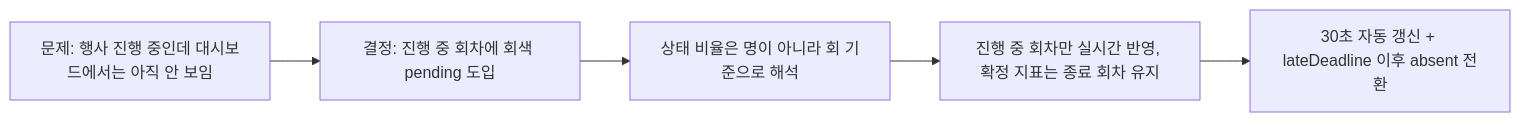
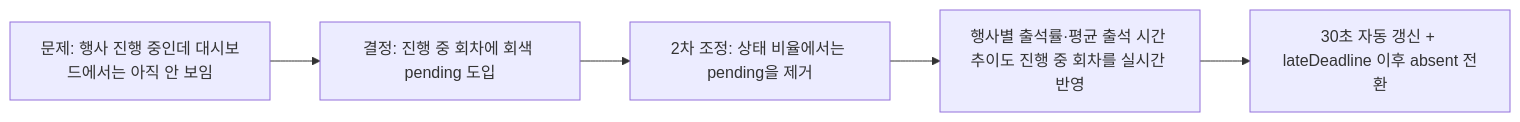
One commit to cloud-club/CloudClubAttendanceSystem changed the diagram in docs/History/026_관리자_출석현황_실시간_pending표시_및_출석상태비율_회기준_운영기록_2026-03-31.md. Above: the diagram before and after it, drawn with Mermaid. The commit also changed other lines of this file and 9 other files, not shown here.

````diff
--- a/docs/History/026_관리자_출석현황_실시간_pending표시_및_출석상태비율_회기준_운영기록_2026-03-31.md
+++ b/docs/History/026_관리자_출석현황_실시간_pending표시_및_출석상태비율_회기준_운영기록_2026-03-31.md
@@ -6,7 +6,7 @@
 ```mermaid
 flowchart LR
   A["문제: 행사 진행 중인데 대시보드에서는 아직 안 보임"] --> B["결정: 진행 중 회차에 회색 pending 도입"]
-  B --> C["상태 비율은 명이 아니라 회 기준으로 해석"]
-  C --> D["진행 중 회차만 실시간 반영, 확정 지표는 종료 회차 유지"]
+  B --> C["2차 조정: 상태 비율에서는 pending을 제거"]
+  C --> D["행사별 출석률·평균 출석 시간 추이도 진행 중 회차를 실시간 반영"]
   D --> E["30초 자동 갱신 + lateDeadline 이후 absent 전환"]
 ```
````
